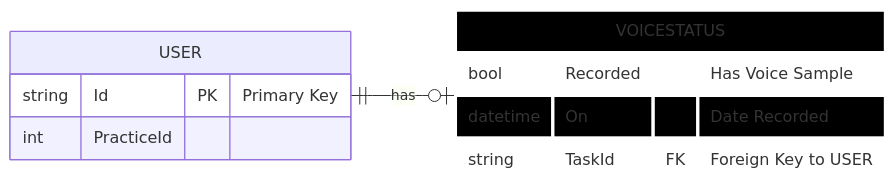
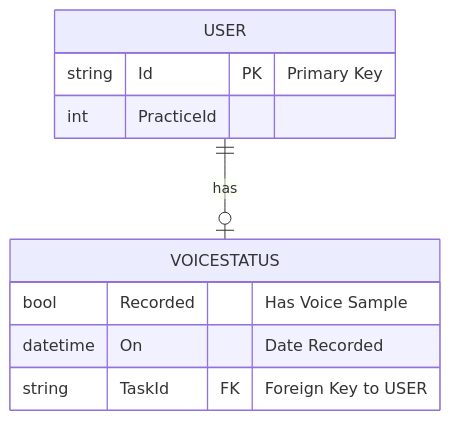
The third of 3 diagrams in CallTranscription/voice_sample.md (Harshita-capsitech/EmailDocs), drawn with Mermaid before and after one commit.

Commit message:
Simplify ER diagram in voice_sample.md
Removed unnecessary direction and styling from ER diagram.

````diff
--- a/CallTranscription/voice_sample.md
+++ b/CallTranscription/voice_sample.md
@@ -107,23 +107,16 @@
 ```mermaid
 erDiagram
-    direction LR
-
     USER ||--o| VOICESTATUS : has
 
     USER {
         string Id PK "Primary Key"
         int PracticeId
     }
 
     VOICESTATUS {
         bool Recorded "Has Voice Sample"
         datetime On "Date Recorded"
         string TaskId FK "Foreign Key to USER"
     }
 
-    %% Highlight VOICESTATUS to simulate 'active' state/focus with black color
-    classDef active fill:#000000,stroke:#ffffff,stroke-width:3px
-    class VOICESTATUS active
-
-    %% Optionally, style keys for greater clarity
 ```
````
